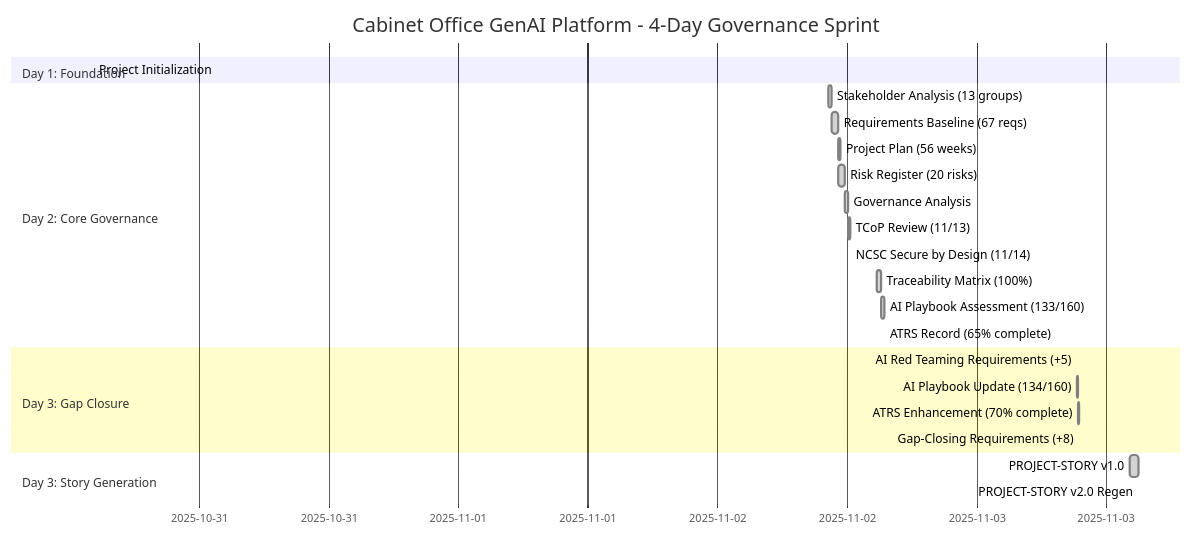
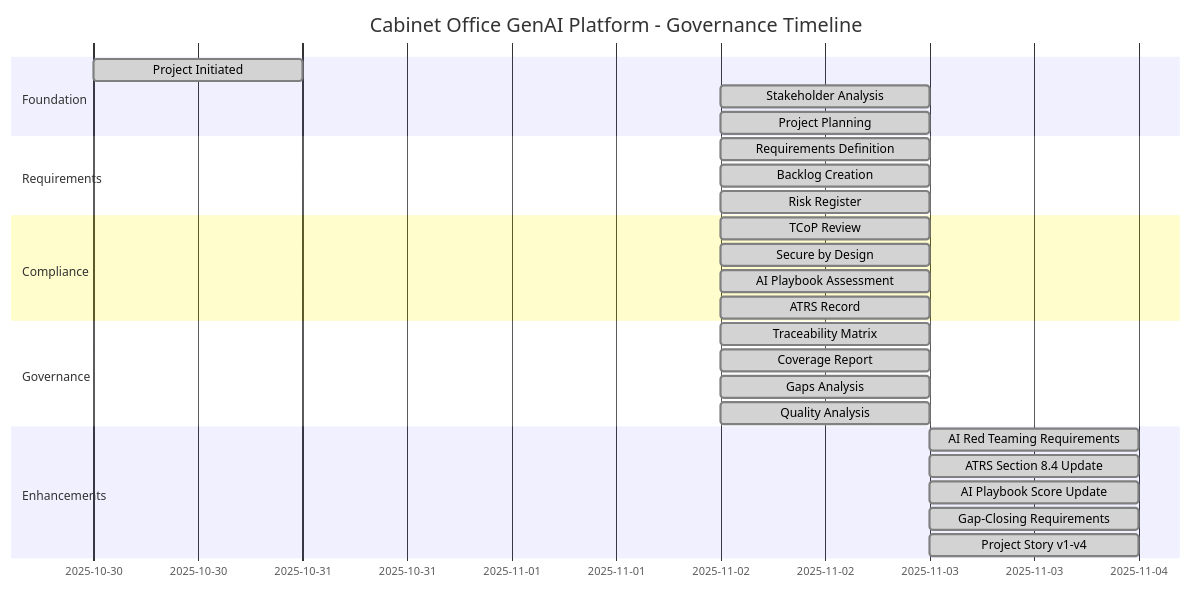
The first of 10 diagrams in projects/001-cabinet-office-genai/PROJECT-STORY.md (tractorjuice/arckit-test-project-v8-cabinet-office-genai), drawn with Mermaid before and after one commit. The commit also changed other lines of this file, not shown here.

First line of the commit message:
feat: PROJECT-STORY.md v4.0 - comprehensive project narrative with timeline analysis

````diff
--- a/projects/001-cabinet-office-genai/PROJECT-STORY.md
+++ b/projects/001-cabinet-office-genai/PROJECT-STORY.md
@@ -56,30 +66,34 @@
 ```mermaid
 gantt
-    title Cabinet Office GenAI Platform - 4-Day Governance Sprint
-    dateFormat YYYY-MM-DD HH:mm
+    title Cabinet Office GenAI Platform - Governance Timeline
+    dateFormat YYYY-MM-DD
 
-    section Day 1: Foundation
-    Project Initialization              :done, init, 2025-10-30 14:15, 1m
+    section Foundation
+    Project Initiated              :done, init, 2025-10-30, 1d
+    Stakeholder Analysis           :done, stakeholders, 2025-11-02, 1d
+    Project Planning               :done, plan, 2025-11-02, 1d
 
-    section Day 2: Core Governance
-    Stakeholder Analysis (13 groups)    :done, stake, 2025-11-02 10:15, 23m
-    Requirements Baseline (67 reqs)     :done, req1, 2025-11-02 10:38, 34m
-    Project Plan (56 weeks)             :done, plan, 2025-11-02 11:12, 12m
-    Risk Register (20 risks)            :done, risk, 2025-11-02 11:12, 35m
-    Governance Analysis                 :done, analysis, 2025-11-02 11:47, 20m
-    TCoP Review (11/13)                 :done, tcop, 2025-11-02 12:07, 11m
-    NCSC Secure by Design (11/14)       :done, secure, 2025-11-02 12:18, 2h26m
-    Traceability Matrix (100%)          :done, trace, 2025-11-02 14:44, 28m
-    AI Playbook Assessment (133/160)    :done, playbook1, 2025-11-02 15:12, 16m
-    ATRS Record (65% complete)          :done, atrs1, 2025-11-02 15:28, 17h48m
+    section Requirements
+    Requirements Definition        :done, req, 2025-11-02, 1d
+    Backlog Creation              :done, backlog, 2025-11-02, 1d
+    Risk Register                 :done, risk, 2025-11-02, 1d
 
-    section Day 3: Gap Closure
-    AI Red Teaming Requirements (+5)    :done, redteam, 2025-11-03 09:16, 5m
-    AI Playbook Update (134/160)        :done, playbook2, 2025-11-03 09:21, 5m
-    ATRS Enhancement (70% complete)     :done, atrs2, 2025-11-03 09:26, 7m
-    Gap-Closing Requirements (+8)       :done, req2, 2025-11-03 09:33, 4h39m
+    section Compliance
+    TCoP Review                   :done, tcop, 2025-11-02, 1d
+    Secure by Design              :done, secure, 2025-11-02, 1d
+    AI Playbook Assessment        :done, aiplaybook, 2025-11-02, 1d
+    ATRS Record                   :done, atrs, 2025-11-02, 1d
 
-    section Day 3: Story Generation
-    PROJECT-STORY v1.0                  :done, story1, 2025-11-03 14:12, 48m
-    PROJECT-STORY v2.0 Regen            :active, story2, 2025-11-03 15:00, 1m
+    section Governance
+    Traceability Matrix           :done, trace, 2025-11-02, 1d
+    Coverage Report              :done, coverage, 2025-11-02, 1d
+    Gaps Analysis                :done, gaps, 2025-11-02, 1d
+    Quality Analysis             :done, analyze, 2025-11-02, 1d
+
+    section Enhancements
+    AI Red Teaming Requirements   :done, redteam, 2025-11-03, 1d
+    ATRS Section 8.4 Update      :done, atrsupd1, 2025-11-03, 1d
+    AI Playbook Score Update     :done, aipbupd1, 2025-11-03, 1d
+    Gap-Closing Requirements     :done, gapreqs, 2025-11-03, 1d
+    Project Story v1-v4          :done, story, 2025-11-03, 1d
 ```
````
